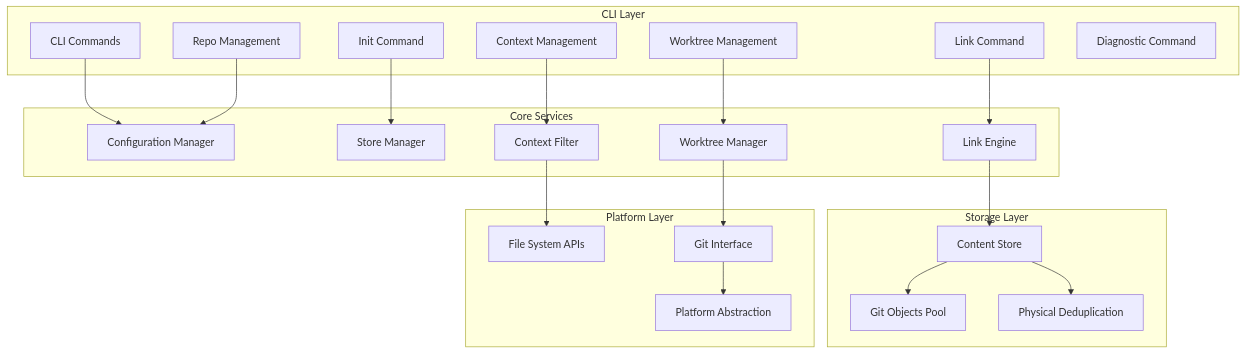
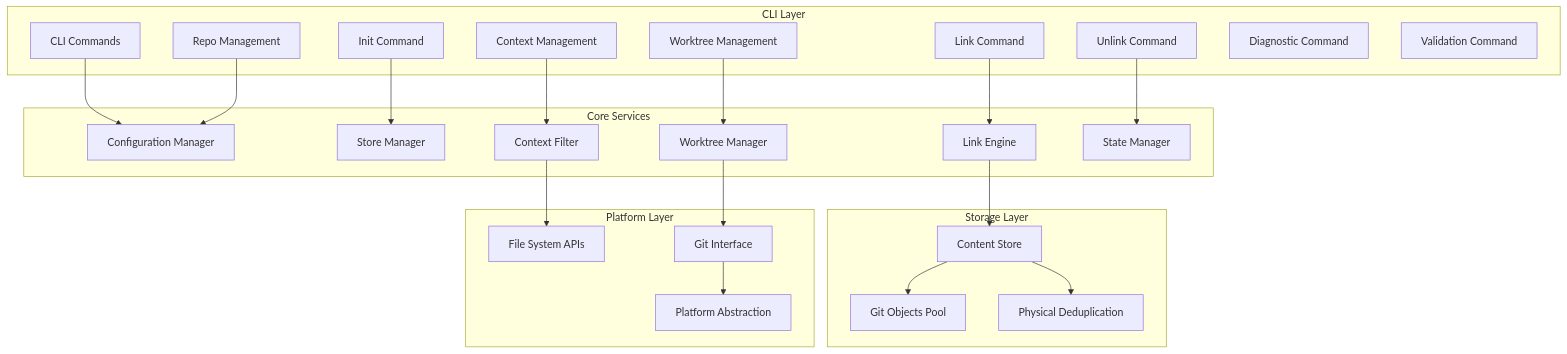
The first of 11 diagrams in .qoder/repowiki/en/content/Core Features Documentation/Core Features Documentation.md (HWH-2019/vdw), drawn with Mermaid before and after one commit. The commit also changed other lines of this file and 12 other files, not shown here.

````diff
--- a/.qoder/repowiki/en/content/Core Features Documentation/Core Features Documentation.md
+++ b/.qoder/repowiki/en/content/Core Features Documentation/Core Features Documentation.md
@@ -59,41 +61,45 @@
 ```mermaid
 graph TB
 subgraph "CLI Layer"
 CLI[CLI Commands]
 Init[Init Command]
 Link[Link Command]
+Unlink[Unlink Command]
 Repo[Repo Management]
 Worktree[Worktree Management]
 Context[Context Management]
 Doctor[Diagnostic Command]
+Validate[Validation Command]
 end
 subgraph "Core Services"
 ConfigMgr[Configuration Manager]
 StoreMgr[Store Manager]
 LinkEngine[Link Engine]
 WorktreeMgr[Worktree Manager]
 ContextFilter[Context Filter]
+StateMgr[State Manager]
 end
 subgraph "Storage Layer"
 ContentStore[Content Store]
 GitObjects[Git Objects Pool]
 Deduplication[Physical Deduplication]
 end
 subgraph "Platform Layer"
 FileSystem[File System APIs]
 GitInterface[Git Interface]
 PlatformAbstraction[Platform Abstraction]
 end
 CLI --> ConfigMgr
 Init --> StoreMgr
 Link --> LinkEngine
+Unlink --> StateMgr
 Repo --> ConfigMgr
 Worktree --> WorktreeMgr
 Context --> ContextFilter
 ContextFilter --> FileSystem
 LinkEngine --> ContentStore
 ContentStore --> GitObjects
 ContentStore --> Deduplication
 WorktreeMgr --> GitInterface
 GitInterface --> PlatformAbstraction
 ```
````
